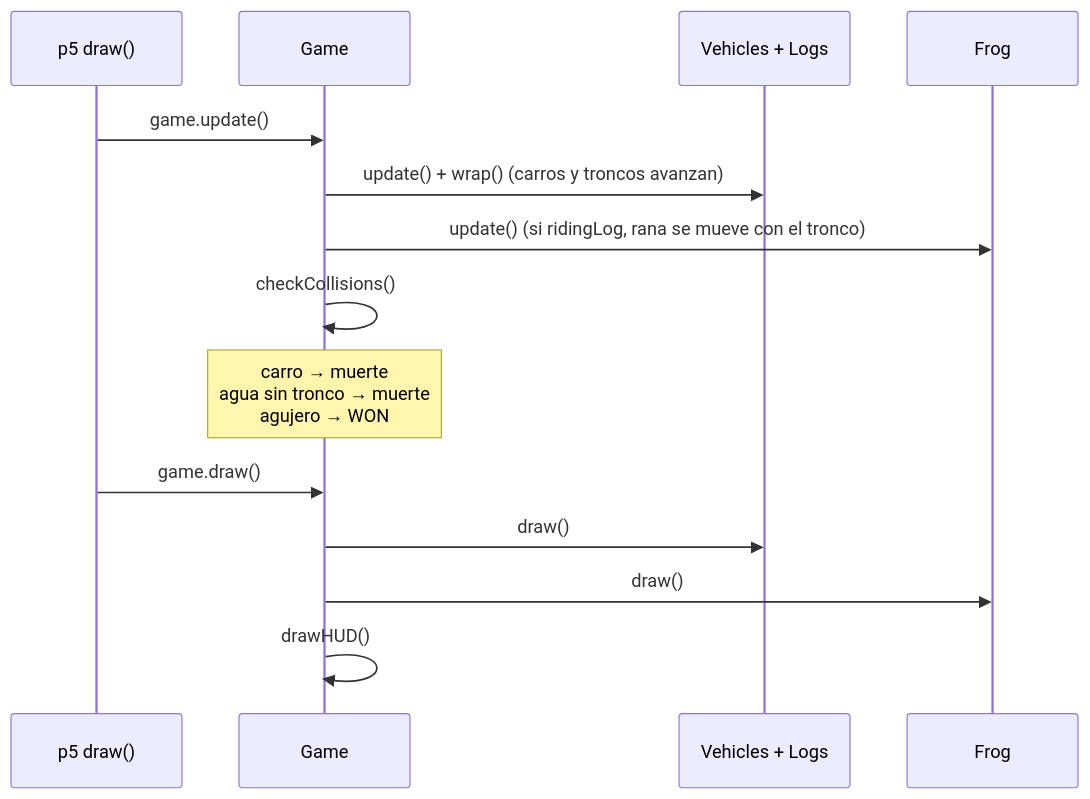
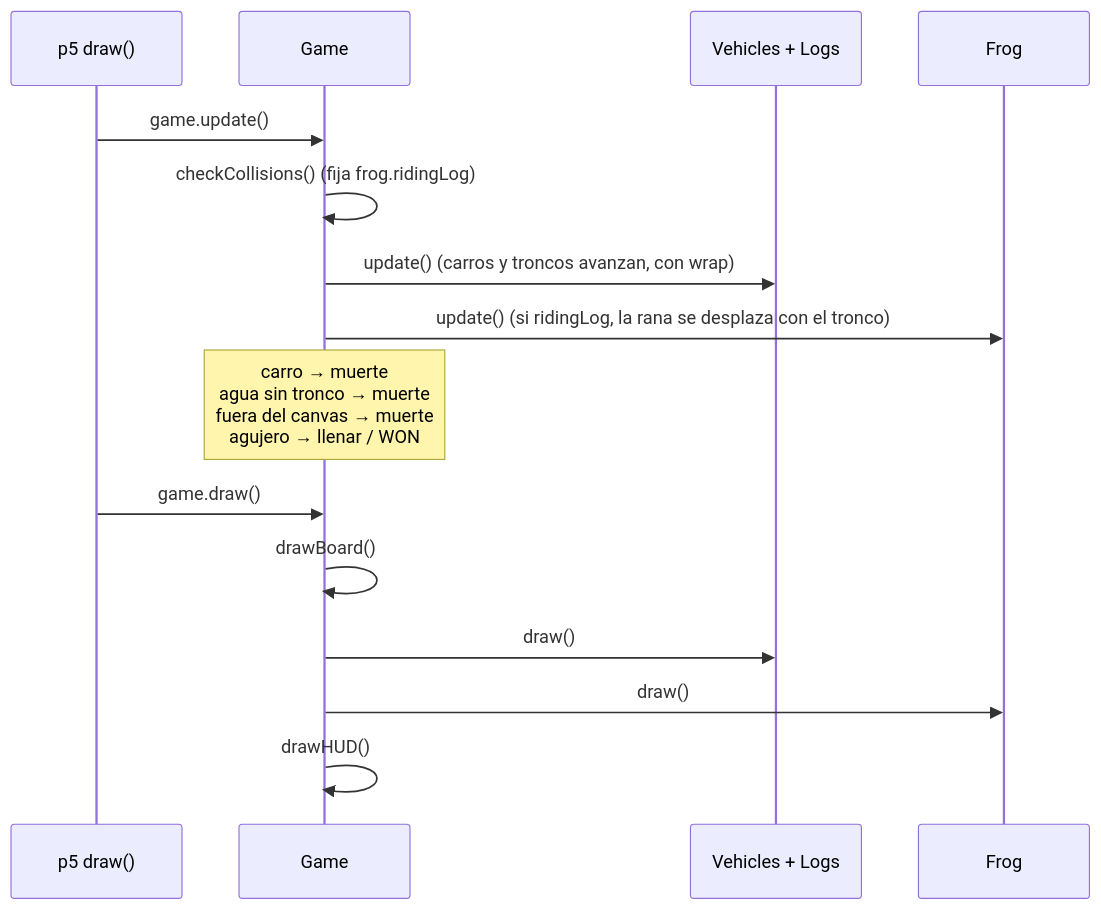
The third of 3 diagrams in docs/ARQUITECTURA.md (ShryhakAkizuki/Frogger-Visual_Computing_2026-II), drawn with Mermaid before and after one commit. The commit also changed other lines of this file and 6 other files, not shown here.

````diff
--- a/docs/ARQUITECTURA.md
+++ b/docs/ARQUITECTURA.md
@@ -124,16 +169,17 @@
 ```mermaid
 sequenceDiagram
     participant P5 as p5 draw()
     participant G as Game
     participant L as Vehicles + Logs
     participant F as Frog
     P5->>G: game.update()
-    G->>L: update() + wrap() (carros y troncos avanzan)
-    G->>F: update() (si ridingLog, rana se mueve con el tronco)
-    G->>G: checkCollisions()
-    Note over G: carro → muerte<br/>agua sin tronco → muerte<br/>agujero → WON
+    G->>G: checkCollisions() (fija frog.ridingLog)
+    G->>L: update() (carros y troncos avanzan, con wrap)
+    G->>F: update() (si ridingLog, la rana se desplaza con el tronco)
+    Note over G: carro → muerte<br/>agua sin tronco → muerte<br/>fuera del canvas → muerte<br/>agujero → llenar / WON
     P5->>G: game.draw()
+    G->>G: drawBoard()
     G->>L: draw()
     G->>F: draw()
     G->>G: drawHUD()
 ```
````
